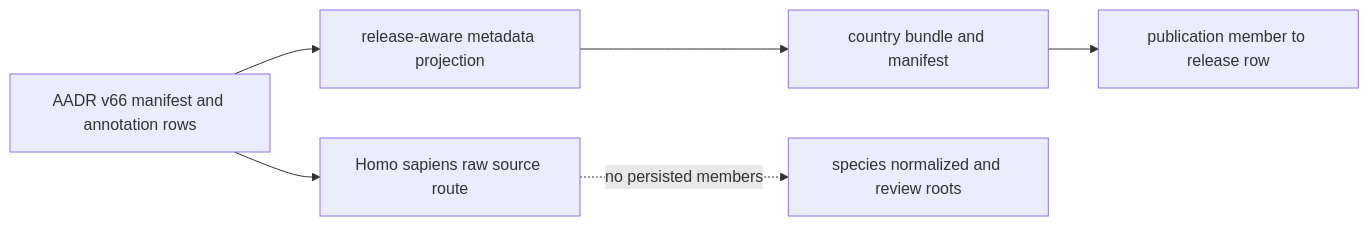
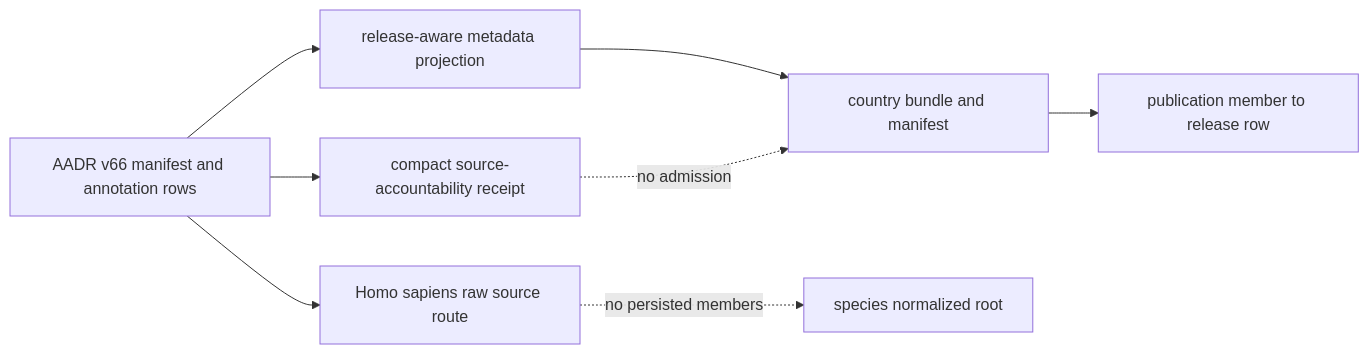
The second of 2 diagrams in docs/public/pollenomics-data/sources/aadr.md (bijux/bijux-pollenomics), drawn with Mermaid before and after one commit. The commit also changed other lines of this file and 52 other files, not shown here.

Commit message:
feat(aadr): materialize source accountability

````diff
--- a/docs/public/pollenomics-data/sources/aadr.md
+++ b/docs/public/pollenomics-data/sources/aadr.md
@@ -63,8 +64,10 @@
 ```mermaid
 flowchart LR
     Capture["AADR v66 manifest and annotation rows"] --> Runtime["release-aware metadata projection"]
     Runtime --> Bundle["country bundle and manifest"]
     Capture --> RawRoute["Homo sapiens raw source route"]
-    RawRoute -. no persisted members .-> Species["species normalized and review roots"]
+    Capture --> Accountability["compact source-accountability receipt"]
+    RawRoute -. no persisted members .-> Species["species normalized root"]
+    Accountability -. no admission .-> Bundle
     Bundle --> Audit["publication member to release row"]
 ```
````
